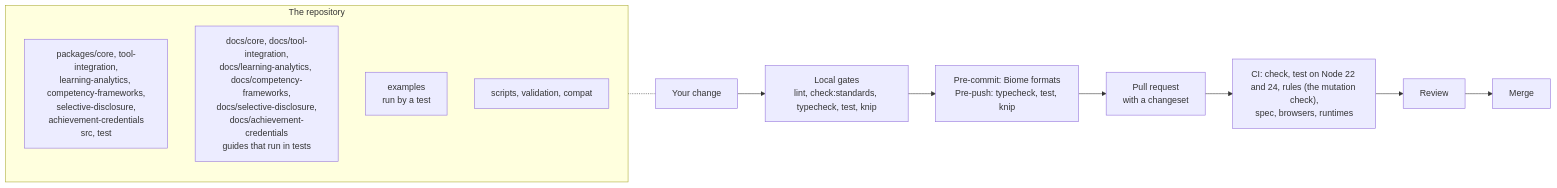
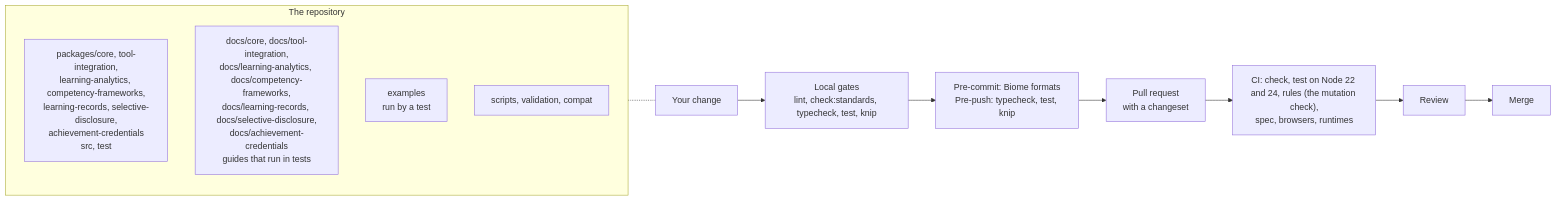
One commit to interopkit/interopkit changed the diagram in CONTRIBUTING.md. Above: the diagram before and after it, drawn with Mermaid. The commit also changed 82 other files, not shown here.

First line of the commit message:
Add learning-records: the xAPI 2.0 model, the readers for an LRS and a provider, and the text of a request

````diff
--- a/CONTRIBUTING.md
+++ b/CONTRIBUTING.md
@@ -6,16 +6,16 @@
 ```mermaid
 flowchart LR
   subgraph repo["The repository"]
-    packages["packages/core, tool-integration,<br/>learning-analytics, competency-frameworks,<br/>selective-disclosure,<br/>achievement-credentials<br/>src, test"]
-    docs["docs/core, docs/tool-integration,<br/>docs/learning-analytics, docs/competency-frameworks,<br/>docs/selective-disclosure,<br/>docs/achievement-credentials<br/>guides that run in tests"]
+    packages["packages/core, tool-integration,<br/>learning-analytics, competency-frameworks,<br/>learning-records, selective-disclosure,<br/>achievement-credentials<br/>src, test"]
+    docs["docs/core, docs/tool-integration,<br/>docs/learning-analytics, docs/competency-frameworks,<br/>docs/learning-records, docs/selective-disclosure,<br/>docs/achievement-credentials<br/>guides that run in tests"]
     examples["examples<br/>run by a test"]
     tooling["scripts, validation, compat"]
   end
   change["Your change"] --> local["Local gates<br/>lint, check:standards, typecheck, test, knip"]
   local --> hooks["Pre-commit: Biome formats<br/>Pre-push: typecheck, test, knip"]
   hooks --> pr["Pull request<br/>with a changeset"]
   pr --> ci["CI: check, test on Node 22 and 24, rules (the mutation check),<br/>spec, browsers, runtimes"]
   ci --> review["Review"]
   review --> merge["Merge"]
   repo -.- change
 ```
````
